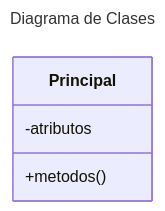
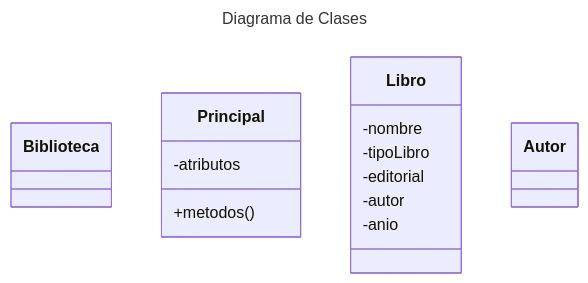
The diagram in README.md (mauryci2/Jaime-Felix-POO-Base), drawn with Mermaid before and after one commit.

Commit message:
empezandola
Added Biblioteca and Libro classes to the class diagram.

````diff
--- a/README.md
+++ b/README.md
@@ -7,9 +7,19 @@
 ```mermaid
 ---
 title: Diagrama de Clases
 ---
 classDiagram
-      class Principal
+      class Biblioteca{}
       Principal: -atributos
       Principal: +metodos()
+      class Libro{
+            -nombre
+            -tipoLibro
+            -editorial
+            -autor
+            -anio
+      }
+      class Autor{
+            
+      }
 ```
````
